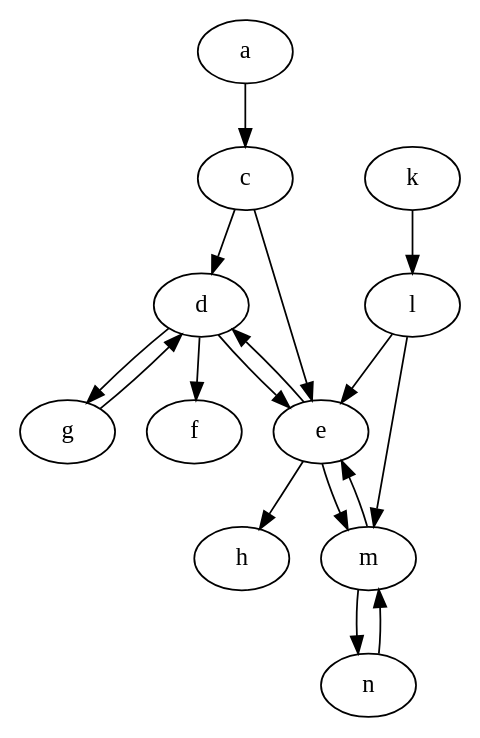
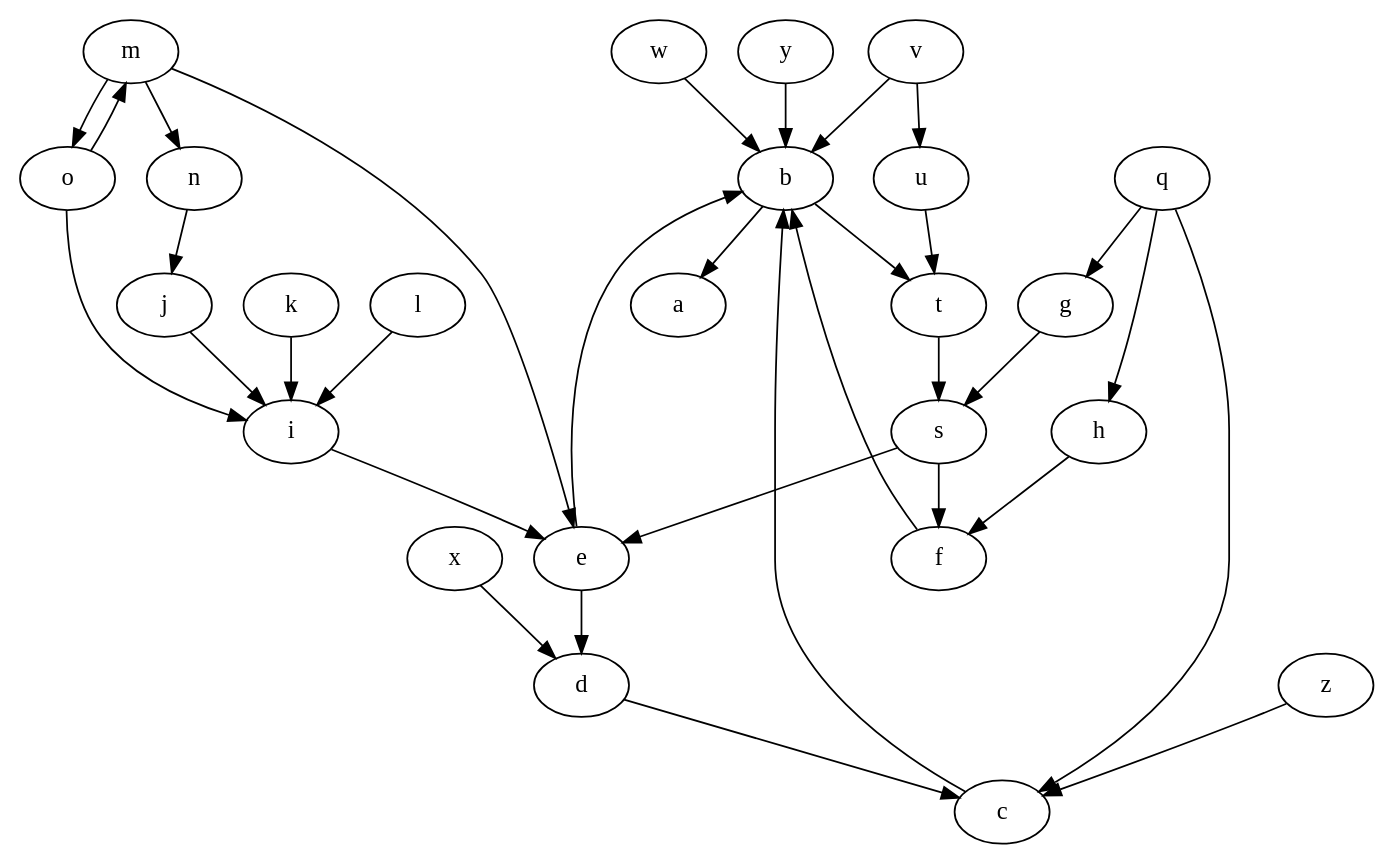
The diagram in XLoKR-2023/1-Vanilla_version/output/plain_graph.dot (idaks/Games-and-Argumentation), drawn with Graphviz before and after one commit. The commit also changed 26 other files, not shown here.

```diff
--- a/XLoKR-2023/1-Vanilla_version/output/plain_graph.dot
+++ b/XLoKR-2023/1-Vanilla_version/output/plain_graph.dot
@@ -1,18 +1,34 @@
 strict digraph "" {
-	a -> c	[dir=forward];
-	c -> d	[dir=forward];
-	c -> e	[dir=forward];
-	k -> l	[dir=forward];
-	l -> e	[dir=forward];
-	l -> m	[dir=forward];
-	d -> e	[dir=forward];
-	d -> f	[dir=forward];
-	d -> g	[dir=forward];
+	b -> a	[dir=forward];
+	b -> t	[dir=forward];
+	t -> s	[dir=forward];
+	c -> b	[dir=forward];
+	d -> c	[dir=forward];
+	e -> b	[dir=forward];
 	e -> d	[dir=forward];
-	e -> m	[dir=forward];
-	e -> h	[dir=forward];
+	f -> b	[dir=forward];
+	g -> s	[dir=forward];
+	s -> e	[dir=forward];
+	s -> f	[dir=forward];
+	h -> f	[dir=forward];
+	i -> e	[dir=forward];
+	j -> i	[dir=forward];
+	k -> i	[dir=forward];
+	l -> i	[dir=forward];
 	m -> e	[dir=forward];
+	m -> o	[dir=forward];
 	m -> n	[dir=forward];
-	g -> d	[dir=forward];
-	n -> m	[dir=forward];
+	o -> i	[dir=forward];
+	o -> m	[dir=forward];
+	n -> j	[dir=forward];
+	q -> c	[dir=forward];
+	q -> g	[dir=forward];
+	q -> h	[dir=forward];
+	u -> t	[dir=forward];
+	v -> b	[dir=forward];
+	v -> u	[dir=forward];
+	w -> b	[dir=forward];
+	x -> d	[dir=forward];
+	y -> b	[dir=forward];
+	z -> c	[dir=forward];
 }
```
